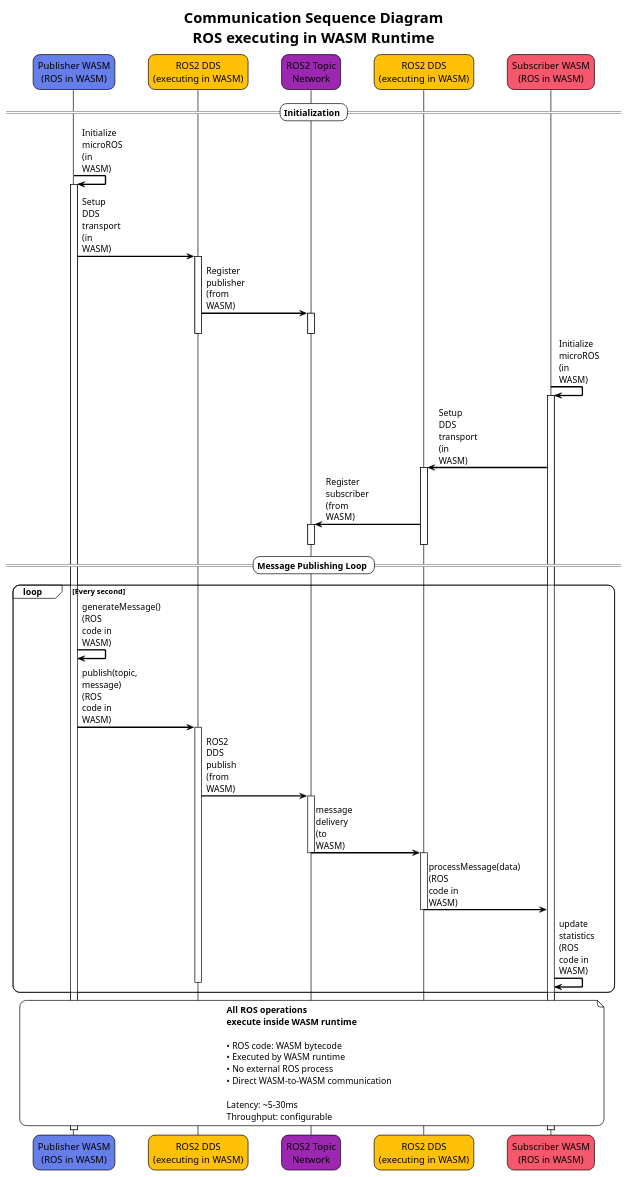
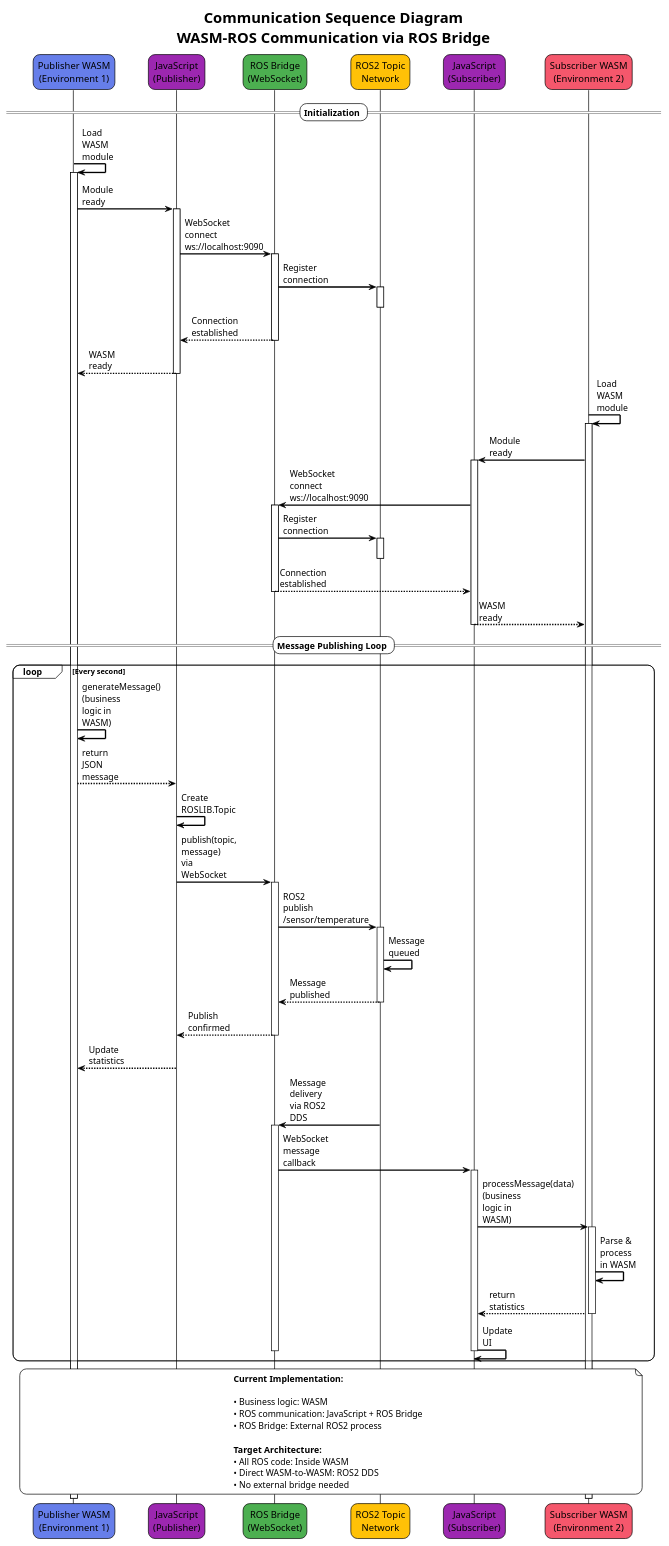
One commit to lucadagati/ros_wasm_example changed the diagram in diagrams/sequence.puml. Above: the diagram before and after it, drawn with PlantUML. The commit also changed 2 other files, not shown here.

Commit message:
Add UML sequence diagram and update README
- Created diagrams/sequence.puml: Communication sequence diagram
  Shows current implementation: WASM → JavaScript → ROS Bridge → ROS2
  Includes notes about target architecture (ROS in WASM)
- Generated diagrams/sequence.png from PlantUML
- Updated README.md: Added sequence diagram section
- Updated architecture documentation section
- Diagram shows both current prototype and target architecture

```diff
--- a/diagrams/sequence.puml
+++ b/diagrams/sequence.puml
@@ -1,65 +1,91 @@
 @startuml Communication Sequence
 !theme plain
 skinparam backgroundColor #FFFFFF
 skinparam sequenceArrowThickness 2
 skinparam roundcorner 20
 skinparam maxmessagesize 60
 skinparam ParticipantPadding 20
 
-title Communication Sequence Diagram\nROS executing in WASM Runtime
+title Communication Sequence Diagram\nWASM-ROS Communication via ROS Bridge
 
-participant "Publisher WASM\n(ROS in WASM)" as P #667eea
-participant "ROS2 DDS\n(executing in WASM)" as DDS #FFC107
-participant "ROS2 Topic\nNetwork" as TOPIC #9C27B0
-participant "ROS2 DDS\n(executing in WASM)" as DDS2 #FFC107
-participant "Subscriber WASM\n(ROS in WASM)" as S #f5576c
+participant "Publisher WASM\n(Environment 1)" as P #667eea
+participant "JavaScript\n(Publisher)" as JS1 #9C27B0
+participant "ROS Bridge\n(WebSocket)" as RB #4CAF50
+participant "ROS2 Topic\nNetwork" as ROS #FFC107
+participant "JavaScript\n(Subscriber)" as JS2 #9C27B0
+participant "Subscriber WASM\n(Environment 2)" as S #f5576c
 
 == Initialization ==
-P -> P: Initialize microROS\n(in WASM)
+P -> P: Load WASM module
 activate P
-P -> DDS: Setup DDS transport\n(in WASM)
-activate DDS
-DDS -> TOPIC: Register publisher\n(from WASM)
-activate TOPIC
-deactivate TOPIC
-deactivate DDS
+P -> JS1: Module ready
+activate JS1
+JS1 -> RB: WebSocket connect\nws://localhost:9090
+activate RB
+RB -> ROS: Register connection
+activate ROS
+deactivate ROS
+RB --> JS1: Connection established
+deactivate RB
+JS1 --> P: WASM ready
+deactivate JS1
 
-S -> S: Initialize microROS\n(in WASM)
+S -> S: Load WASM module
 activate S
-S -> DDS2: Setup DDS transport\n(in WASM)
-activate DDS2
-DDS2 -> TOPIC: Register subscriber\n(from WASM)
-activate TOPIC
-deactivate TOPIC
-deactivate DDS2
+S -> JS2: Module ready
+activate JS2
+JS2 -> RB: WebSocket connect\nws://localhost:9090
+activate RB
+RB -> ROS: Register connection
+activate ROS
+deactivate ROS
+RB --> JS2: Connection established
+deactivate RB
+JS2 --> S: WASM ready
+deactivate JS2
 
 == Message Publishing Loop ==
 loop Every second
-    P -> P: generateMessage()\n(ROS code in WASM)
-    P -> DDS: publish(topic, message)\n(ROS code in WASM)
-    activate DDS
-    DDS -> TOPIC: ROS2 DDS publish\n(from WASM)
-    activate TOPIC
-    TOPIC -> DDS2: message delivery\n(to WASM)
-    deactivate TOPIC
-    activate DDS2
-    DDS2 -> S: processMessage(data)\n(ROS code in WASM)
-    deactivate DDS2
-    S -> S: update statistics\n(ROS code in WASM)
-    deactivate DDS
+    P -> P: generateMessage()\n(business logic in WASM)
+    P --> JS1: return JSON message
+    JS1 -> JS1: Create ROSLIB.Topic
+    JS1 -> RB: publish(topic, message)\nvia WebSocket
+    activate RB
+    RB -> ROS: ROS2 publish\n/sensor/temperature
+    activate ROS
+    ROS -> ROS: Message queued
+    ROS --> RB: Message published
+    deactivate ROS
+    RB --> JS1: Publish confirmed
+    deactivate RB
+    JS1 --> P: Update statistics
+    deactivate JS1
+    
+    ROS -> RB: Message delivery\nvia ROS2 DDS
+    activate RB
+    RB -> JS2: WebSocket message\ncallback
+    activate JS2
+    JS2 -> S: processMessage(data)\n(business logic in WASM)
+    activate S
+    S -> S: Parse & process\nin WASM
+    S --> JS2: return statistics
+    deactivate S
+    JS2 -> JS2: Update UI
+    deactivate JS2
+    deactivate RB
 end
 
 note over P, S
-  **All ROS operations**
-  **execute inside WASM runtime**
+  **Current Implementation:**
   
-  • ROS code: WASM bytecode
-  • Executed by WASM runtime
-  • No external ROS process
-  • Direct WASM-to-WASM communication
+  • Business logic: WASM
+  • ROS communication: JavaScript + ROS Bridge
+  • ROS Bridge: External ROS2 process
   
-  Latency: ~5-30ms
-  Throughput: configurable
+  **Target Architecture:**
+  • All ROS code: Inside WASM
+  • Direct WASM-to-WASM: ROS2 DDS
+  • No external bridge needed
 end note
 
 @enduml
```
